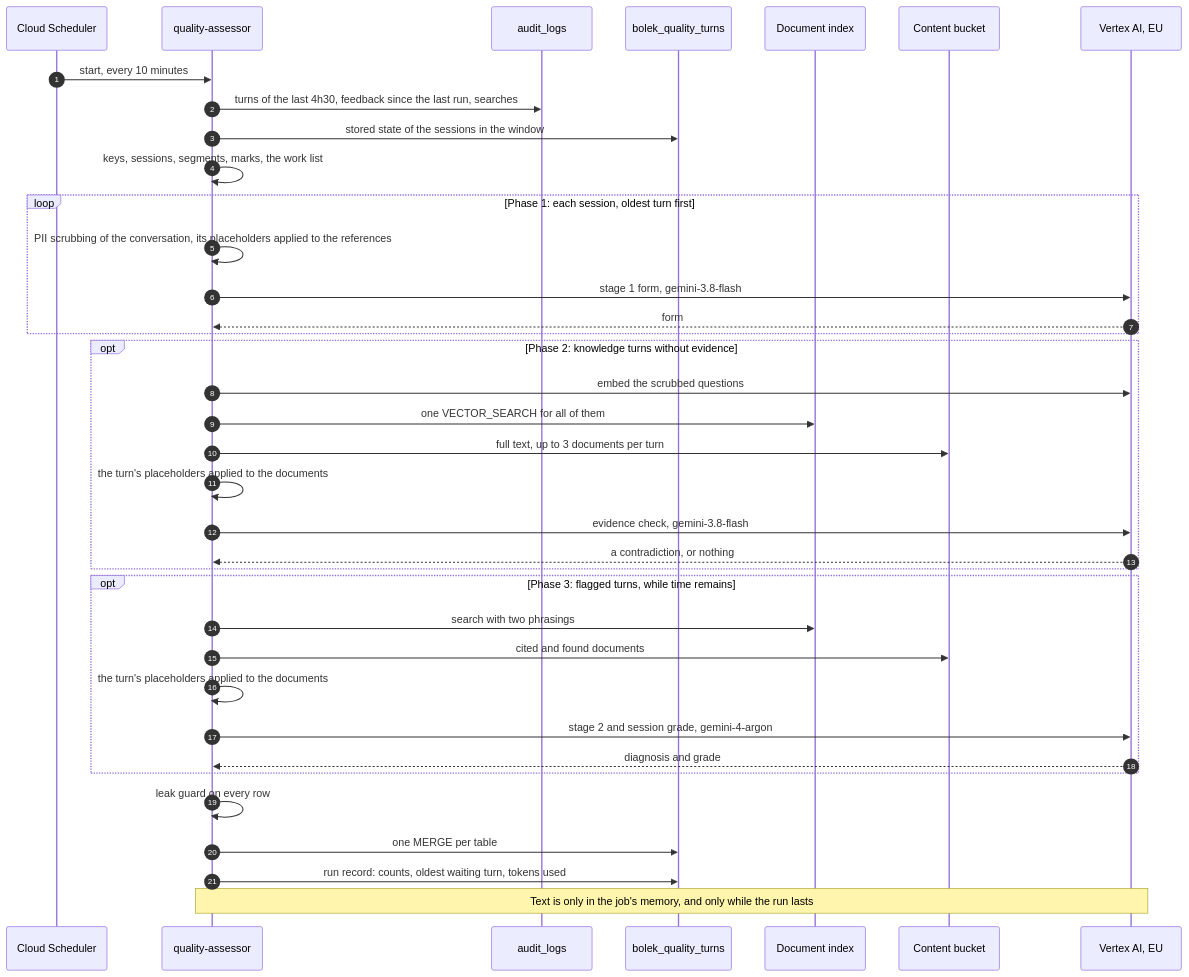
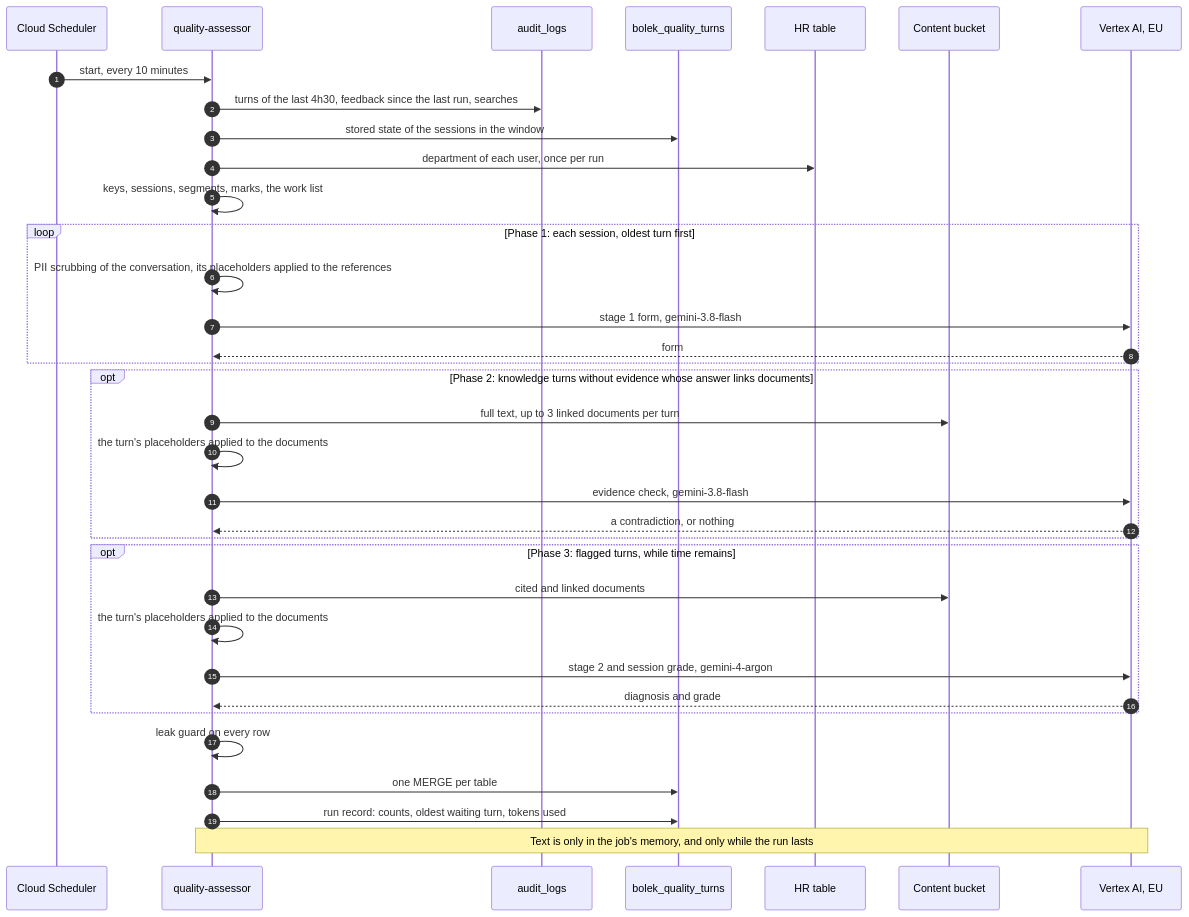
Before and after one commit to pborkowski-rtbh/conversation-analyzer: diagram 14 of 19 in design-doc.md, drawn with Mermaid. The commit also changed other lines of this file and 1 other file, not shown here.

````diff
--- a/design-doc.md
+++ b/design-doc.md
@@ -1326,39 +1322,37 @@
 ```mermaid
 sequenceDiagram
     autonumber
     participant SCH as Cloud Scheduler
     participant A as quality-assessor
     participant LOG as audit_logs
     participant T as bolek_quality_turns
-    participant IDX as Document index
+    participant HR as HR table
     participant GCS as Content bucket
     participant V as Vertex AI, EU
     SCH->>A: start, every 10 minutes
     A->>LOG: turns of the last 4h30, feedback since the last run, searches
     A->>T: stored state of the sessions in the window
+    A->>HR: department of each user, once per run
     A->>A: keys, sessions, segments, marks, the work list
     loop Phase 1: each session, oldest turn first
         A->>A: PII scrubbing of the conversation, its placeholders applied to the references
         A->>V: stage 1 form, gemini-3.8-flash
         V-->>A: form
     end
-    opt Phase 2: knowledge turns without evidence
-        A->>V: embed the scrubbed questions
-        A->>IDX: one VECTOR_SEARCH for all of them
-        A->>GCS: full text, up to 3 documents per turn
+    opt Phase 2: knowledge turns without evidence whose answer links documents
+        A->>GCS: full text, up to 3 linked documents per turn
         A->>A: the turn's placeholders applied to the documents
         A->>V: evidence check, gemini-3.8-flash
         V-->>A: a contradiction, or nothing
     end
     opt Phase 3: flagged turns, while time remains
-        A->>IDX: search with two phrasings
-        A->>GCS: cited and found documents
+        A->>GCS: cited and linked documents
         A->>A: the turn's placeholders applied to the documents
         A->>V: stage 2 and session grade, gemini-4-argon
         V-->>A: diagnosis and grade
     end
     A->>A: leak guard on every row
     A->>T: one MERGE per table
     A->>T: run record: counts, oldest waiting turn, tokens used
     Note over A,V: Text is only in the job's memory, and only while the run lasts
 ```
````
